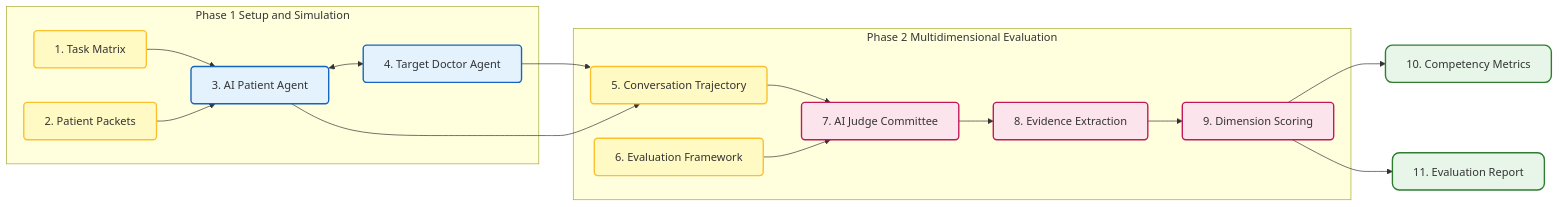
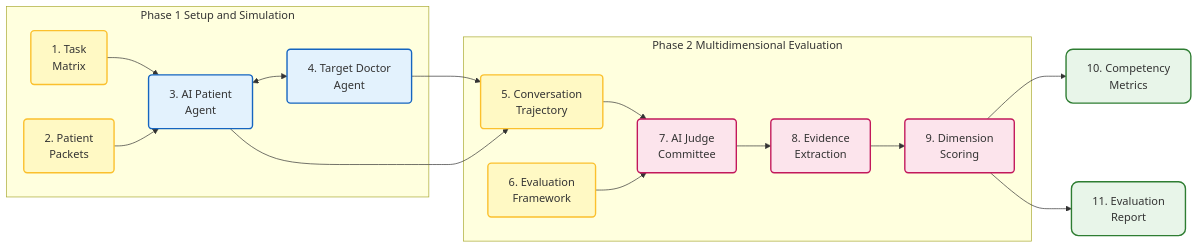
One commit to hhtrocket/HHT-Benchmark-dataset changed the diagram in Literature Review/brief report 2.md. Above: the diagram before and after it, drawn with Mermaid.

Commit message:
Update labels in Phase 1 and Phase 2 diagrams

````diff
--- a/Literature Review/brief report 2.md
+++ b/Literature Review/brief report 2.md
@@ -13,39 +13,39 @@
 ```mermaid
 graph LR
     classDef phase1 fill:#e3f2fd,stroke:#1565c0,stroke-width:2px,rx:5,ry:5;
     classDef phase2 fill:#fce4ec,stroke:#c2185b,stroke-width:2px,rx:5,ry:5;
     classDef input fill:#fff9c4,stroke:#fbc02d,stroke-width:2px,rx:5,ry:5;
     classDef report fill:#e8f5e9,stroke:#2e7d32,stroke-width:2px,rx:10,ry:10;
 
     subgraph Phase1 [Phase 1 Setup and Simulation]
-        Task[1. Task Matrix]:::input
-        Data[2. Patient Packets]:::input
-        SimUser[3. AI Patient Agent]:::phase1
-        Agent[4. Target Doctor Agent]:::phase1
+        Task["1. Task<br/>Matrix"]:::input
+        Data["2. Patient<br/>Packets"]:::input
+        SimUser["3. AI Patient<br/>Agent"]:::phase1
+        Agent["4. Target Doctor<br/>Agent"]:::phase1
         
         Task --> SimUser
         Data --> SimUser
         SimUser <--> Agent
     end
 
     subgraph Phase2 [Phase 2 Multidimensional Evaluation]
-        Trace[5. Conversation Trajectory]:::input
-        Rubric[6. Evaluation Framework]:::input
-        Judge[7. AI Judge Committee]:::phase2
-        Extract[8. Evidence Extraction]:::phase2
-        Score[9. Dimension Scoring]:::phase2
+        Trace["5. Conversation<br/>Trajectory"]:::input
+        Rubric["6. Evaluation<br/>Framework"]:::input
+        Judge["7. AI Judge<br/>Committee"]:::phase2
+        Extract["8. Evidence<br/>Extraction"]:::phase2
+        Score["9. Dimension<br/>Scoring"]:::phase2
         
         Agent --> Trace
         SimUser --> Trace
         Trace --> Judge
         Rubric --> Judge
         Judge --> Extract
         Extract --> Score
     end
 
-    Metrics[10. Competency Metrics]:::report
-    Report[11. Evaluation Report]:::report
+    Metrics["10. Competency<br/>Metrics"]:::report
+    Report["11. Evaluation<br/>Report"]:::report
 
     Score --> Metrics
     Score --> Report
 ```
````
